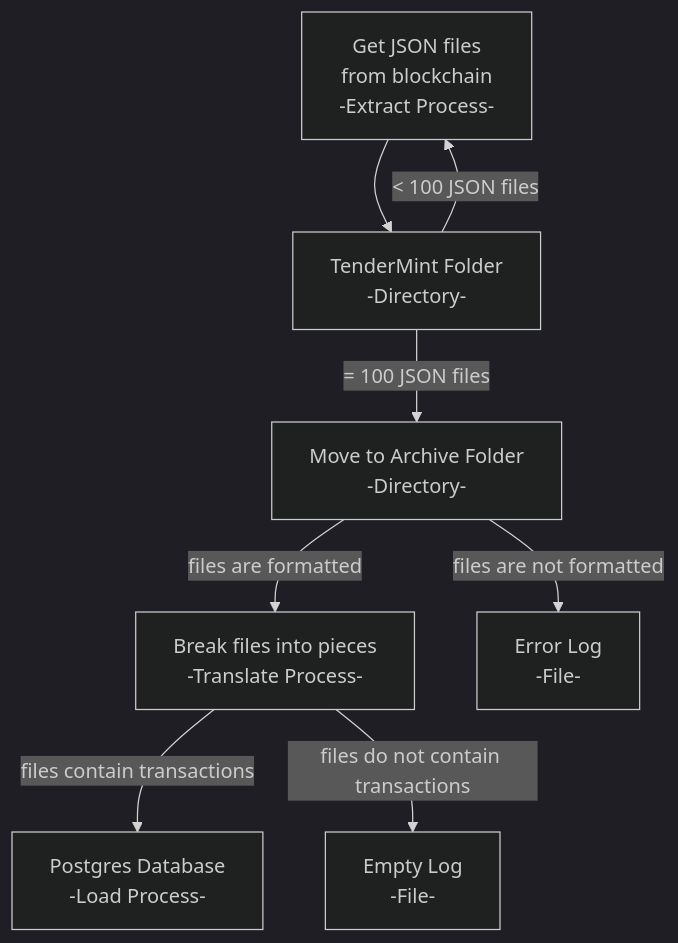
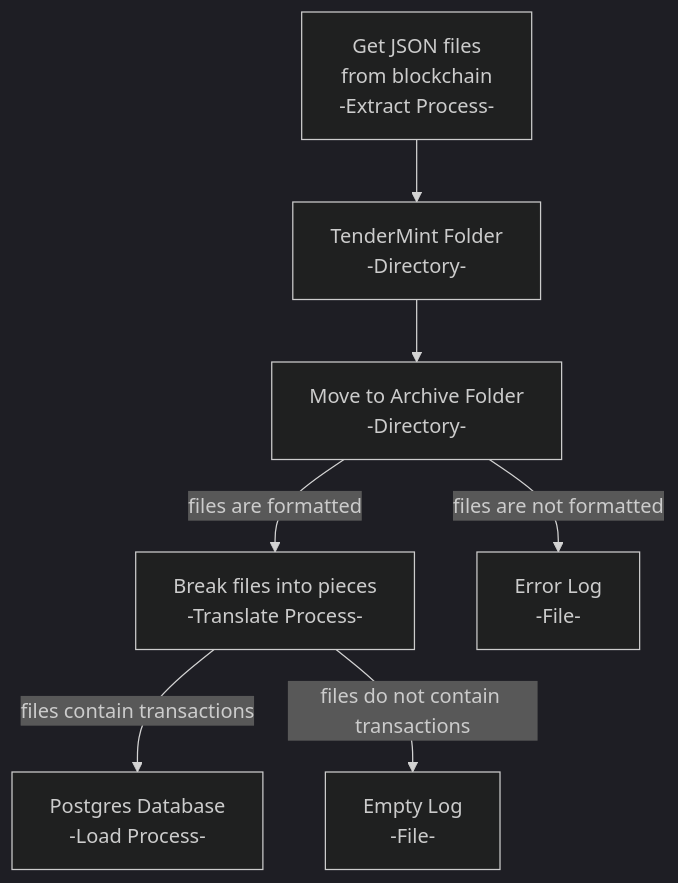
One commit to patmcfarland/one changed the diagram in README.md. Above: the diagram before and after it, drawn with Mermaid (dark theme).

````diff
--- a/README.md
+++ b/README.md
@@ -1,16 +1,15 @@
 ```mermaid
 flowchart TD
 A[Get JSON files<br>from blockchain<br>-Extract Process-]
 A --> B
 B[TenderMint Folder<br>-Directory-]
-B -- = 100 JSON files --> C[Move to Archive Folder<br>-Directory-]
-B -- < 100 JSON files --> A
+B --> C[Move to Archive Folder<br>-Directory-]
 C -- files are formatted --> D
 D[Break files into pieces<br>-Translate Process-]
 C -- files are not formatted --> E
 E[Error Log<br>-File-]
 F[Postgres Database<br>-Load Process-]
 D -- files contain transactions --> F
 D -- files do not contain transactions --> G
 G[Empty Log<br>-File-]
 ```
````
